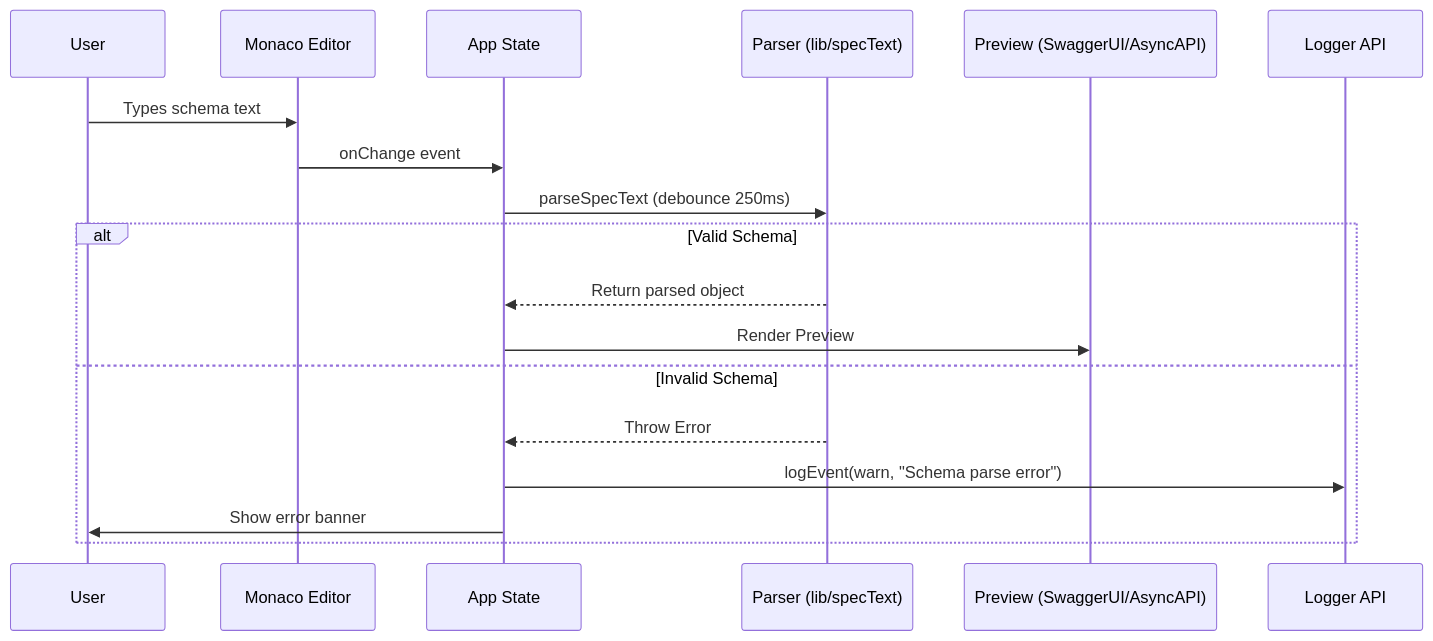
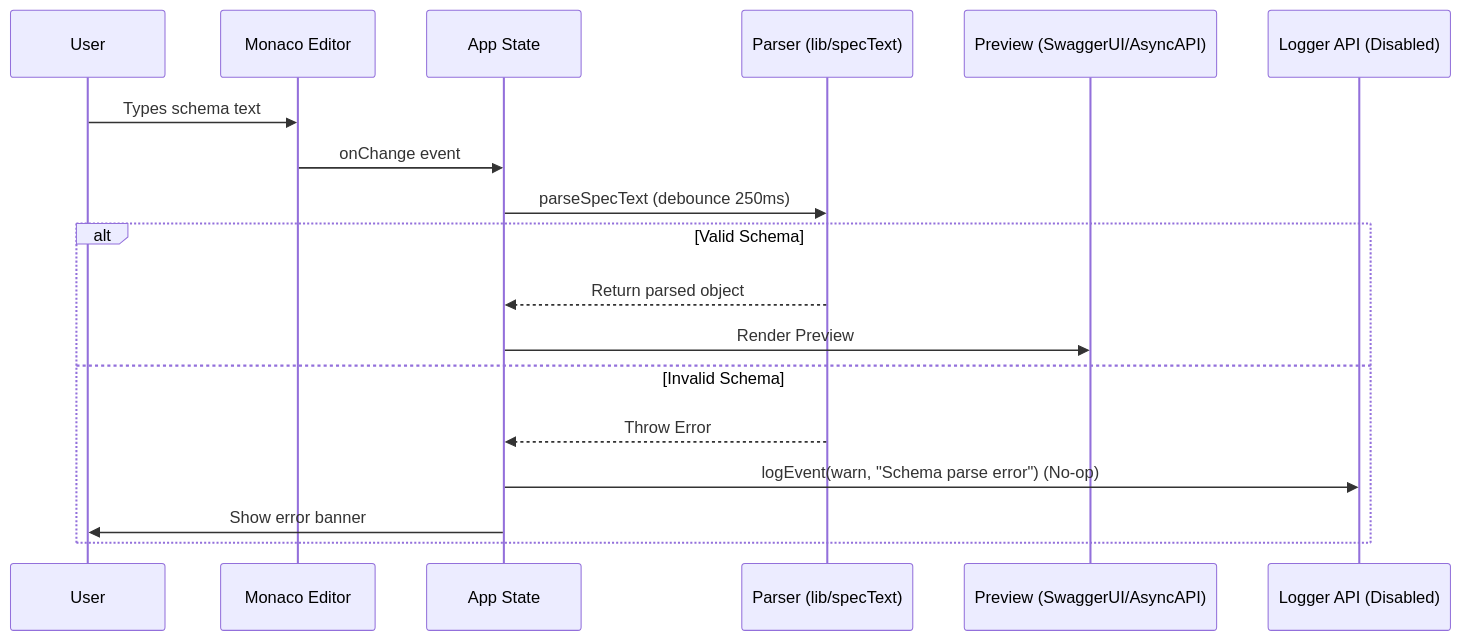
The second of 3 diagrams in docs/ARCHITECTURE.md (d-mv/janus), drawn with Mermaid before and after one commit. The commit also changed other lines of this file and 8 other files, not shown here.

````diff
--- a/docs/ARCHITECTURE.md
+++ b/docs/ARCHITECTURE.md
@@ -43,21 +43,21 @@
 ```mermaid
 sequenceDiagram
     participant U as User
     participant E as Monaco Editor
     participant A as App State
     participant P as Parser (lib/specText)
     participant V as Preview (SwaggerUI/AsyncAPI)
-    participant L as Logger API
+    participant L as Logger API (Disabled)
 
     U->>E: Types schema text
     E->>A: onChange event
     A->>P: parseSpecText (debounce 250ms)
     alt Valid Schema
         P-->>A: Return parsed object
         A->>V: Render Preview
     else Invalid Schema
         P-->>A: Throw Error
-        A->>L: logEvent(warn, "Schema parse error")
+        A->>L: logEvent(warn, "Schema parse error") (No-op)
         A->>U: Show error banner
     end
 ```
````
